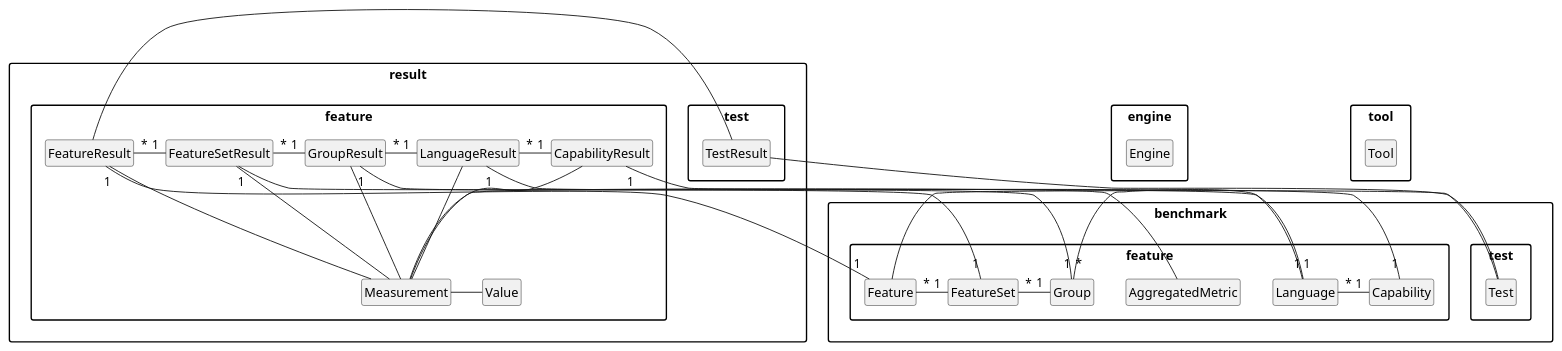
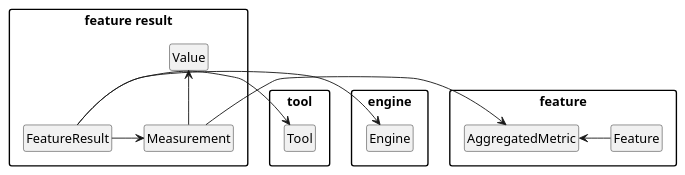
Before and after one commit to uniba-dsg/betsy: the diagram in pebl/doc/result-feature-result.puml, drawn with PlantUML. The commit also changed 29 other files, not shown here.

```diff
--- a/pebl/doc/result-feature-result.puml
+++ b/pebl/doc/result-feature-result.puml
@@ -1,81 +1,40 @@
 @startuml
 
 package "engine" {
   class Engine
 }
 package "tool" {
   class Tool
 }
-package "result.test" {
-  class TestResult
-}
-package "result.feature" {
+package "feature result" {
   class FeatureResult
-  class FeatureSetResult
-  class GroupResult
-  class LanguageResult
-  class CapabilityResult
+  class Value
+  class Measurement
 
-  class Measurement
-  class Value
+  Measurement -up-> Value
 
-  Measurement - Value
-  FeatureResult -- Measurement
-  FeatureSetResult -- Measurement
-  GroupResult -- Measurement
-  LanguageResult -- Measurement
-  CapabilityResult -- Measurement
+  FeatureResult -> Measurement
+  FeatureResult -> Tool
+  FeatureResult -> Engine
 }
 
-package "benchmark.feature" {
+package "feature" {
 
 	class AggregatedMetric
 
-	class Capability
+	class Feature
 
-	class Language
-
-	class Group
-
-	class FeatureSet
-
-	class Feature
+	Feature -left> AggregatedMetric
 
 }
 
-package "benchmark.test" {
-
-	class Test
-
-}
-
-Measurement - AggregatedMetric
-
-TestResult - Test
-TestResult -left- FeatureResult
-Test -left- Feature
-
-Feature "*" -right- "1" FeatureSet
-FeatureSet "*" -right- "1" Group
-Group "*" -right- "1" Language
-Language "*" -right- "1" Capability
-
-FeatureResult "*" -right- "1" FeatureSetResult
-FeatureSetResult "*" -right- "1" GroupResult
-GroupResult "*" -right- "1" LanguageResult
-LanguageResult "*" -right- "1" CapabilityResult
-
-FeatureResult "1" - "1" Feature
-FeatureSetResult "1" - "1" FeatureSet
-GroupResult "1" - "1" Group
-LanguageResult "1" - "1" Language
-CapabilityResult "1" - "1" Capability
+Measurement -> AggregatedMetric
 
 hide empty members
 hide empty methods
 hide circle
 
 skinparam monochrome true
 skinparam shadowing false
 skinparam packageStyle rect
 @enduml
```
